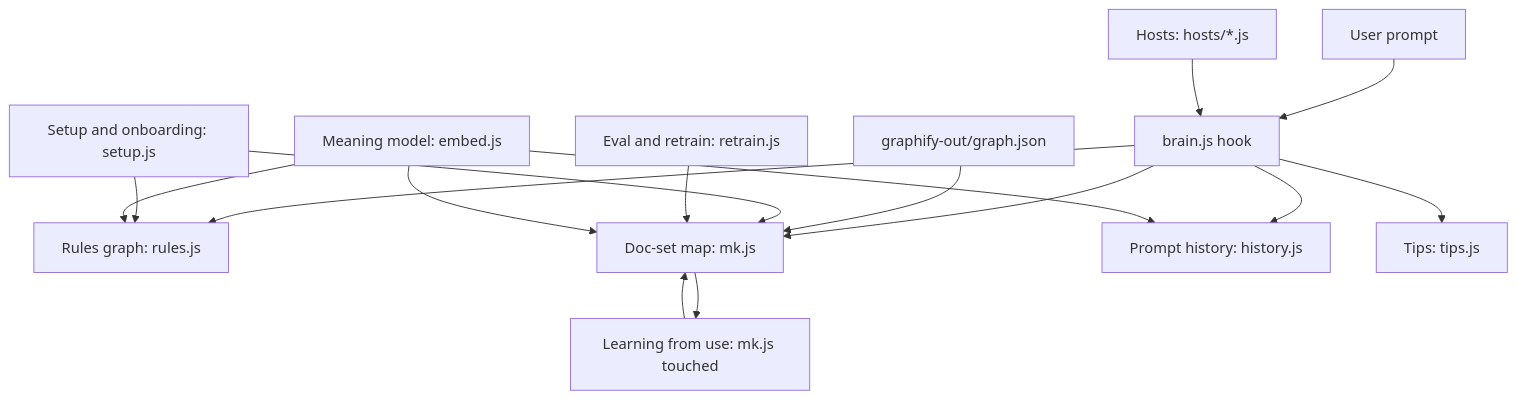
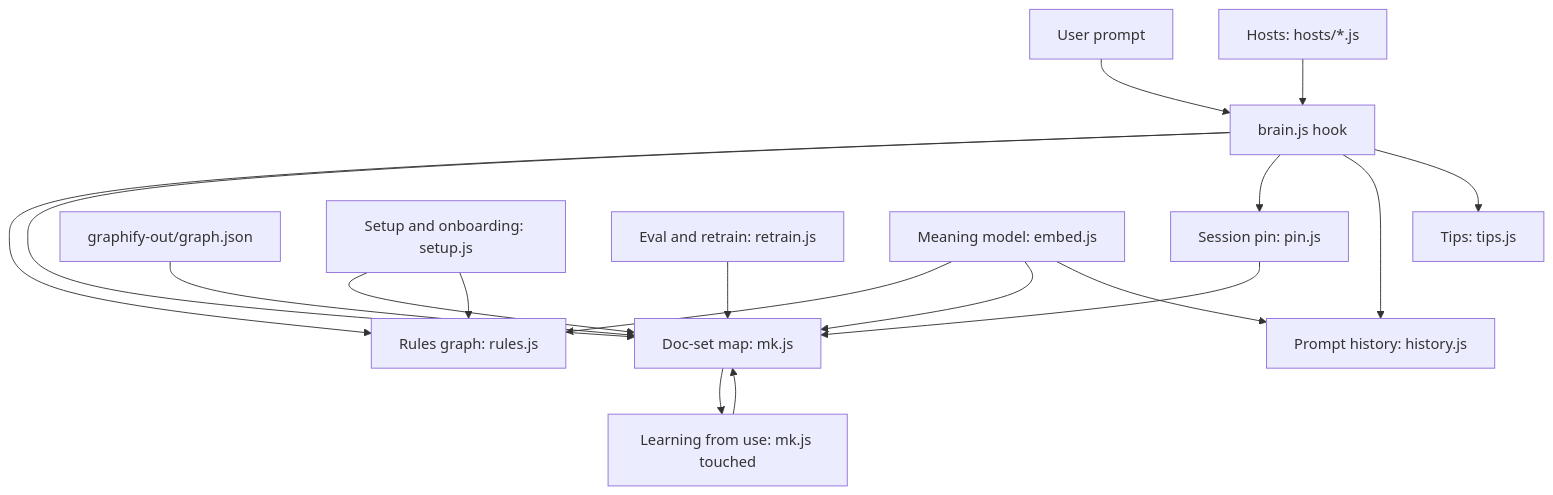
One commit to ThanhNVan/gabriel-plugin changed the diagram in repo-docs/business/01-domain-map.md. Above: the diagram before and after it, drawn with Mermaid. The commit also changed other lines of this file and 32 other files, not shown here.

````diff
--- a/repo-docs/business/01-domain-map.md
+++ b/repo-docs/business/01-domain-map.md
@@ -5,18 +5,19 @@
 ```mermaid
 flowchart TD
   prompt["User prompt"] --> hook["brain.js hook"]
   hook --> rulesG["Rules graph: rules.js"]
   hook --> mapG["Doc-set map: mk.js"]
+  hook --> pin["Session pin: pin.js"] --> mapG
   hook --> hist["Prompt history: history.js"]
   hook --> tips["Tips: tips.js"]
   graphify["graphify-out/graph.json"] --> mapG
   mapG --> learn["Learning from use: mk.js touched"]
   learn --> mapG
   setup["Setup and onboarding: setup.js"] --> mapG
   setup --> rulesG
   hosts["Hosts: hosts/*.js"] --> hook
   evalG["Eval and retrain: retrain.js"] --> mapG
   embed["Meaning model: embed.js"] --> rulesG
   embed --> mapG
   embed --> hist
 ```
````
